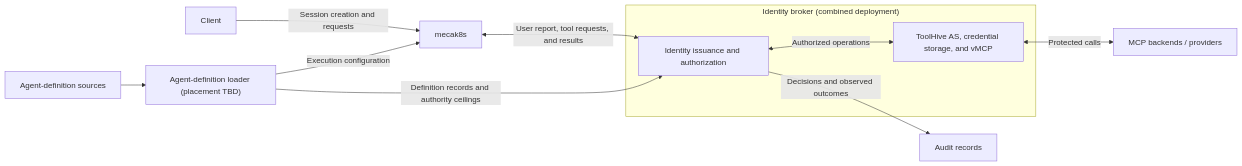
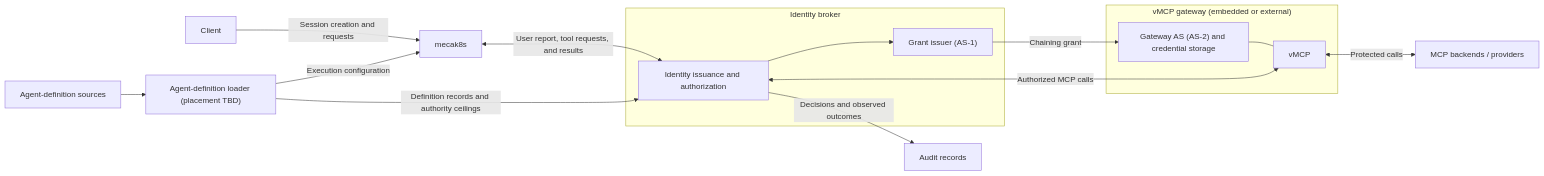
One commit to stacklok/mecatl changed the diagram in docs/drafts/agent-identity/README.md. Above: the diagram before and after it, drawn with Mermaid. The commit also changed other lines of this file and 1 other file, not shown here.

Commit message:
docs: add MCP gateway modes chapter for AS chaining
Describe one protocol for reaching a ToolHive vMCP gateway in embedded and
external mode: the broker's grant issuer (AS-1) signs an identity-chaining
grant that the gateway's authorization server (AS-2) redeems. Split the
README diagram into broker and gateway, and list the pending changes to the
credentials walkthrough.

````diff
--- a/docs/drafts/agent-identity/README.md
+++ b/docs/drafts/agent-identity/README.md
@@ -48,15 +48,22 @@
 ```mermaid
 flowchart LR
     U["Client"] -->|"Session creation and requests"| H["mecak8s"]
     F["Agent-definition sources"] --> R["Agent-definition loader (placement TBD)"]
     R -->|"Execution configuration"| H
-    subgraph B["Identity broker (combined deployment)"]
+    subgraph B["Identity broker"]
         I["Identity issuance and authorization"]
-        T["ToolHive AS, credential storage, and vMCP"]
-        I <-->|"Authorized operations"| T
+        G["Grant issuer (AS-1)"]
+        I --> G
+    end
+    subgraph W["vMCP gateway (embedded or external)"]
+        T["Gateway AS (AS-2) and credential storage"]
+        V["vMCP"]
+        T --- V
     end
     R -->|"Definition records and authority ceilings"| I
     H <-->|"User report, tool requests, and results"| I
-    T <-->|"Protected calls"| P["MCP backends / providers"]
+    G -->|"Chaining grant"| T
+    I <-->|"Authorized MCP calls"| V
+    V <-->|"Protected calls"| P["MCP backends / providers"]
     I -->|"Decisions and observed outcomes"| A["Audit records"]
 ```
````
